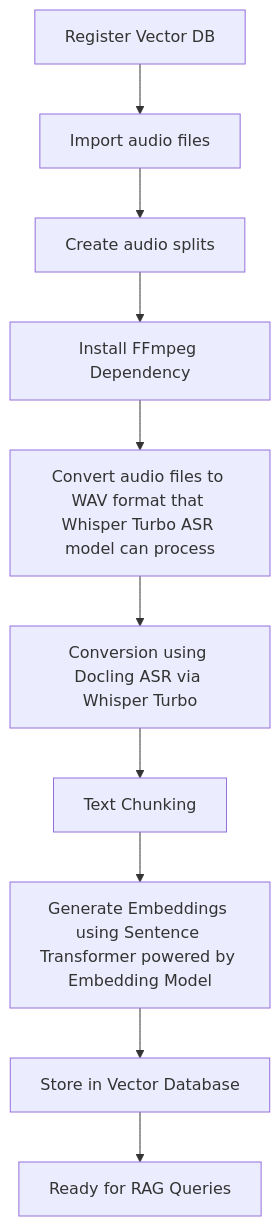
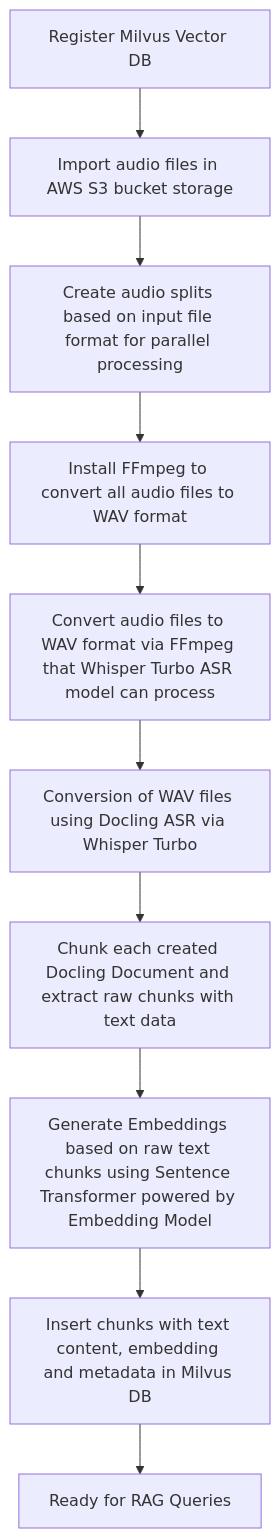
Before and after one commit to r3v5/rag: the diagram in demos/kfp/docling/asr-conversion/README.md, drawn with Mermaid. The commit also changed other lines of this file, not shown here.

````diff
--- a/demos/kfp/docling/asr-conversion/README.md
+++ b/demos/kfp/docling/asr-conversion/README.md
@@ -11,12 +11,22 @@
 ```mermaid
+
 graph TD
-A[Register Vector DB] --> B[Import audio files]
-B --> C[Create audio splits]
-C --> D[Install FFmpeg Dependency]
-D --> E[Convert audio files to WAV format that Whisper Turbo ASR model can process]
-E --> F[Conversion using Docling ASR via Whisper Turbo]
-F --> G[Text Chunking]
-G --> H[Generate Embeddings using Sentence Transformer powered by Embedding Model]
-H --> I[Store in Vector Database]
+
+A[Register Milvus Vector DB] --> B[Import audio files in AWS S3 bucket storage]
+
+B --> C[Create audio splits based on input file format for parallel processing]
+
+C --> D[Install FFmpeg to convert all audio files to WAV format]
+
+D --> E[Convert audio files to WAV format via FFmpeg that Whisper Turbo ASR model can process]
+
+E --> F[Conversion of WAV files using Docling ASR via Whisper Turbo]
+
+F --> G[Chunk each created Docling Document and extract raw chunks with text data]
+
+G --> H[Generate Embeddings based on raw text chunks using Sentence Transformer powered by Embedding Model]
+
+H --> I[Insert chunks with text content, embedding and metadata in Milvus DB]
+
 I --> J[Ready for RAG Queries]
 ```
````
